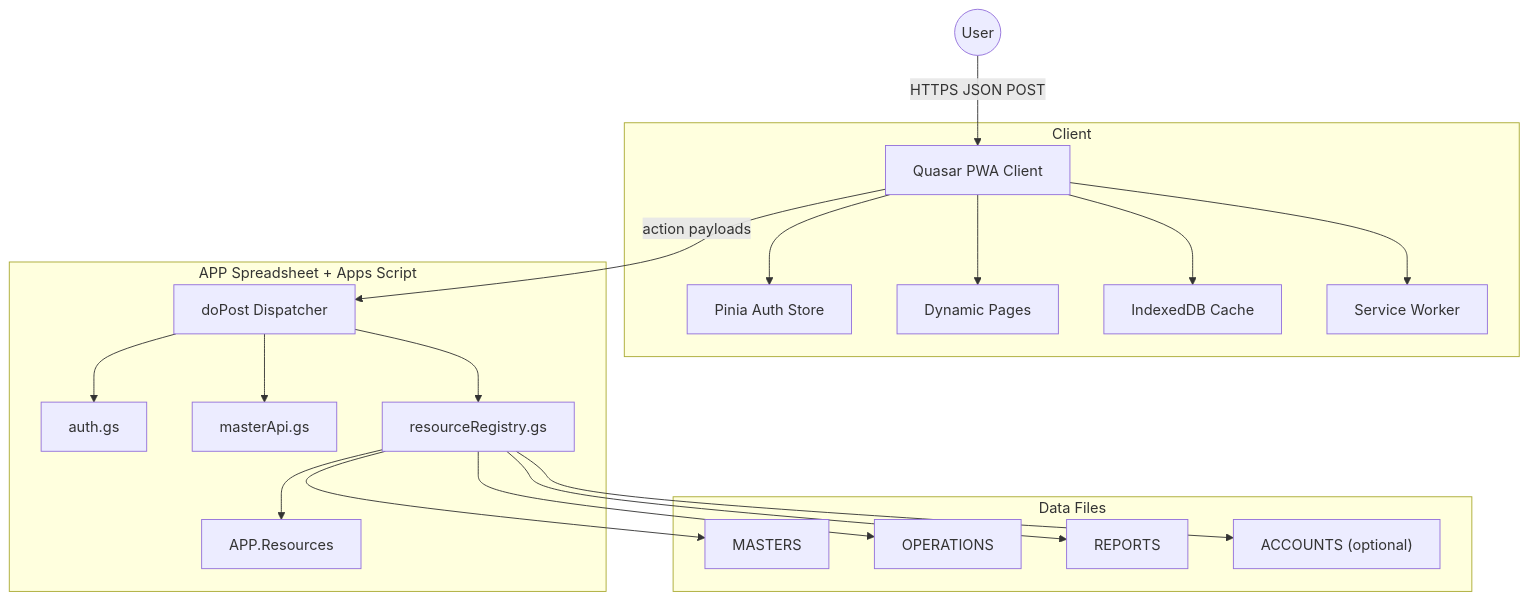
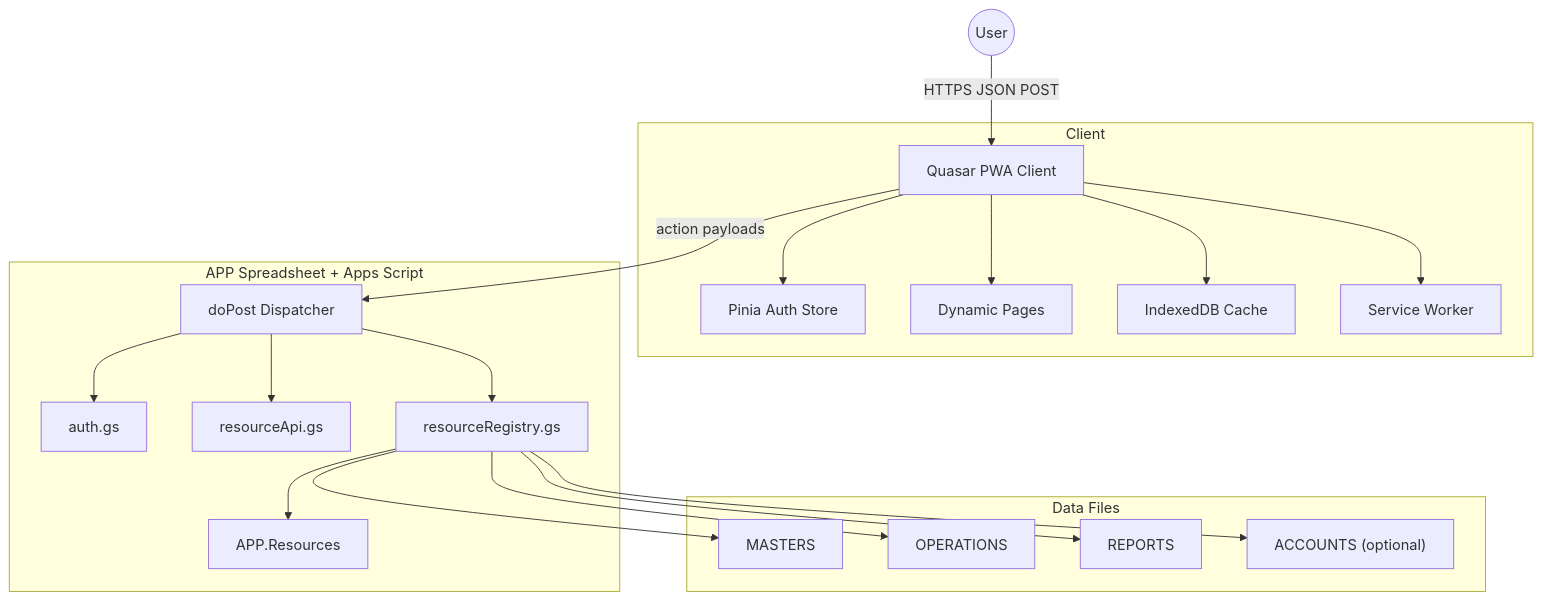
One commit to firumon/little-leap-aql changed the diagram in Documents/Architecture.md. Above: the diagram before and after it, drawn with Mermaid. The commit also changed other lines of this file and 5 other files, not shown here.

Commit message:
docs: update GAS capabilities, patterns, architecture rules, and context handoff to reflect canonical API refactor

````diff
--- a/Documents/Architecture.md
+++ b/Documents/Architecture.md
@@ -8,26 +8,26 @@
 ```mermaid
 graph TD
     User((User)) -->|HTTPS JSON POST| PWA["Quasar PWA Client"]
 
     subgraph "Client"
         PWA --> AuthStore["Pinia Auth Store"]
         PWA --> MasterPages["Dynamic Pages"]
         PWA --> IDB["IndexedDB Cache"]
         PWA --> SW["Service Worker"]
     end
 
     subgraph "APP Spreadsheet + Apps Script"
         PWA -->|action payloads| GAS["doPost Dispatcher"]
         GAS --> AUTH["auth.gs"]
-        GAS --> MASTER["masterApi.gs"]
+        GAS --> RESOURCE_API["resourceApi.gs"]
         GAS --> REGISTRY["resourceRegistry.gs"]
         REGISTRY --> APPRES["APP.Resources"]
     end
 
     subgraph "Data Files"
         REGISTRY --> MASTERS["MASTERS"]
         REGISTRY --> OPERATIONS["OPERATIONS"]
         REGISTRY --> REPORTS["REPORTS"]
         REGISTRY --> ACCOUNTS["ACCOUNTS (optional)"]
     end
 ```
````
